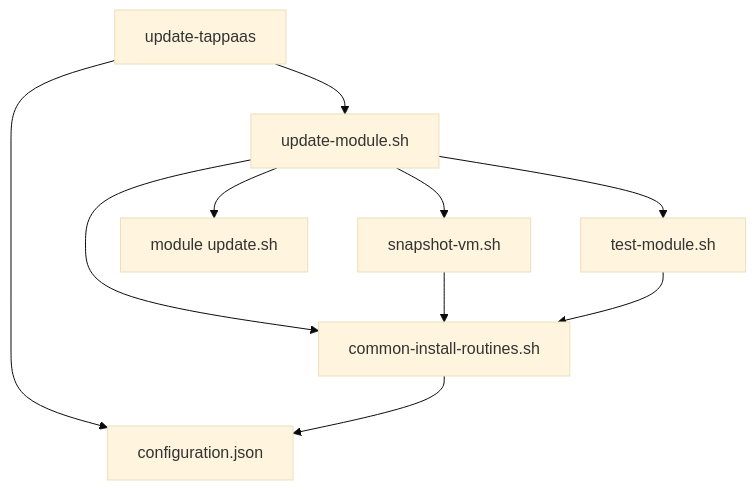
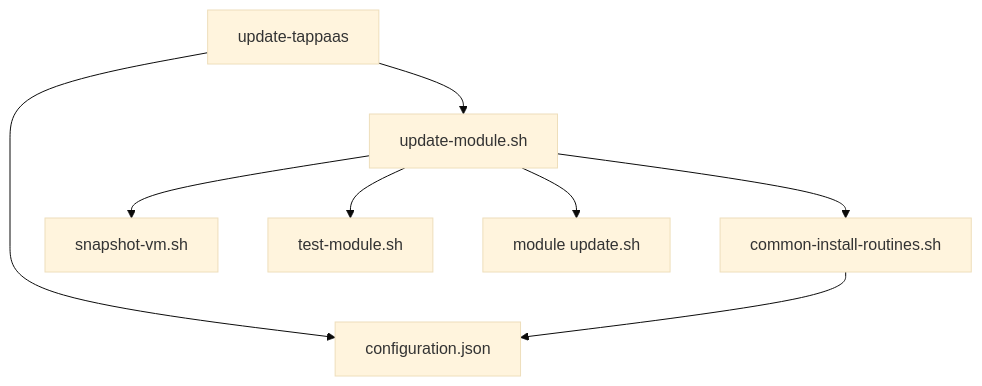
Before and after one commit to TAPPaaS/TAPPaaS: the seventh of 14 diagrams in src/foundation/DEPENDENCIES.md, drawn with Mermaid (base theme). The commit also changed other lines of this file and 3 other files, not shown here.

Commit message:
updated dependency graphs

````diff
--- a/src/foundation/DEPENDENCIES.md
+++ b/src/foundation/DEPENDENCIES.md
@@ -234,12 +302,10 @@
 ```mermaid
 graph TD
     A["update-tappaas"] --> B["configuration.json"]
     A --> C["update-module.sh"]
     C --> D["common-install-routines.sh"]
     C --> E["snapshot-vm.sh"]
     C --> F["test-module.sh"]
     C --> G["module update.sh"]
     D --> B
-    E --> D
-    F --> D
 ```
````
